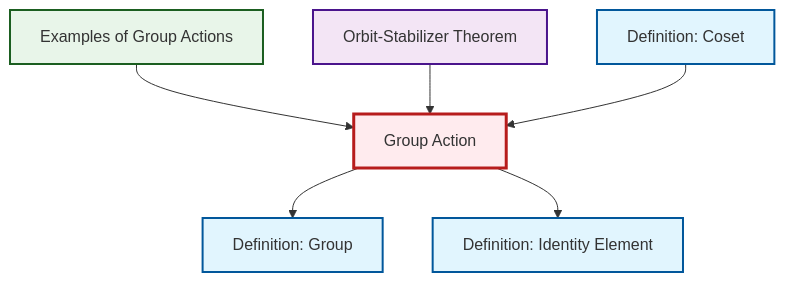
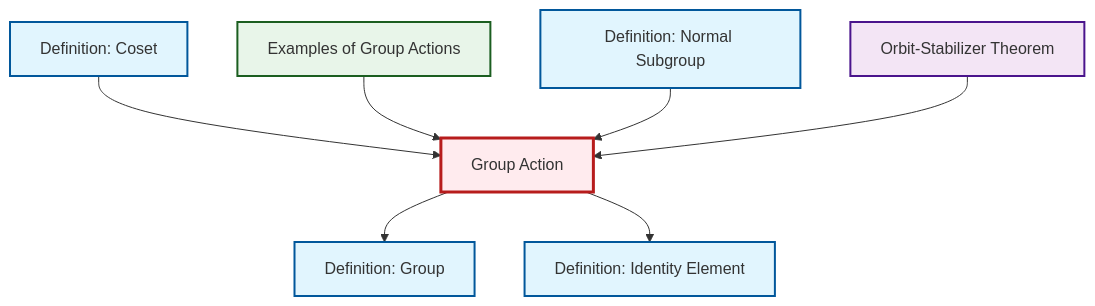
One commit to RK0429/ModernMath changed the diagram in content/en/algebra/def-group-action.qmd. Above: the diagram before and after it, drawn with Mermaid. The commit also changed 615 other files, not shown here.

````diff
--- a/content/en/algebra/def-group-action.qmd
+++ b/content/en/algebra/def-group-action.qmd
@@ -60,26 +60,29 @@
 ```{mermaid}
 %%| fig-cap: "Local dependency graph"
 graph TD
     classDef definition fill:#e1f5fe,stroke:#01579b,stroke-width:2px
     classDef theorem fill:#f3e5f5,stroke:#4a148c,stroke-width:2px
     classDef axiom fill:#fff3e0,stroke:#e65100,stroke-width:2px
     classDef example fill:#e8f5e9,stroke:#1b5e20,stroke-width:2px
     classDef current fill:#ffebee,stroke:#b71c1c,stroke-width:3px
+    def-group-action["Group Action"]:::definition
     ex-group-action-examples["Examples of Group Actions"]:::example
-    def-group-action["Group Action"]:::definition
+    def-group["Definition: Group"]:::definition
+    def-identity-element["Definition: Identity Element"]:::definition
+    thm-orbit-stabilizer["Orbit-Stabilizer Theorem"]:::theorem
     def-coset["Definition: Coset"]:::definition
-    def-identity-element["Definition: Identity Element"]:::definition
-    def-group["Definition: Group"]:::definition
-    thm-orbit-stabilizer["Orbit-Stabilizer Theorem"]:::theorem
+    def-normal-subgroup["Definition: Normal Subgroup"]:::definition
+    def-coset --> def-group-action
+    def-group-action --> def-group
     ex-group-action-examples --> def-group-action
-    def-group-action --> def-group
     def-group-action --> def-identity-element
+    def-normal-subgroup --> def-group-action
     thm-orbit-stabilizer --> def-group-action
-    def-coset --> def-group-action
     class def-group-action current
     click ex-group-action-examples "ex-group-action-examples.html" "Go to Examples of Group Actions"
+    click def-group "def-group.html" "Go to Group definition"
+    click def-identity-element "def-identity-element.html" "Go to Identity Element definition"
+    click thm-orbit-stabilizer "thm-orbit-stabilizer.html" "Go to Orbit-Stabilizer Theorem"
     click def-coset "def-coset.html" "Go to Coset definition"
-    click def-identity-element "def-identity-element.html" "Go to Identity Element definition"
-    click def-group "def-group.html" "Go to Group definition"
-    click thm-orbit-stabilizer "thm-orbit-stabilizer.html" "Go to Orbit-Stabilizer Theorem"
+    click def-normal-subgroup "def-normal-subgroup.html" "Go to Normal Subgroup definition"
 ```
````
